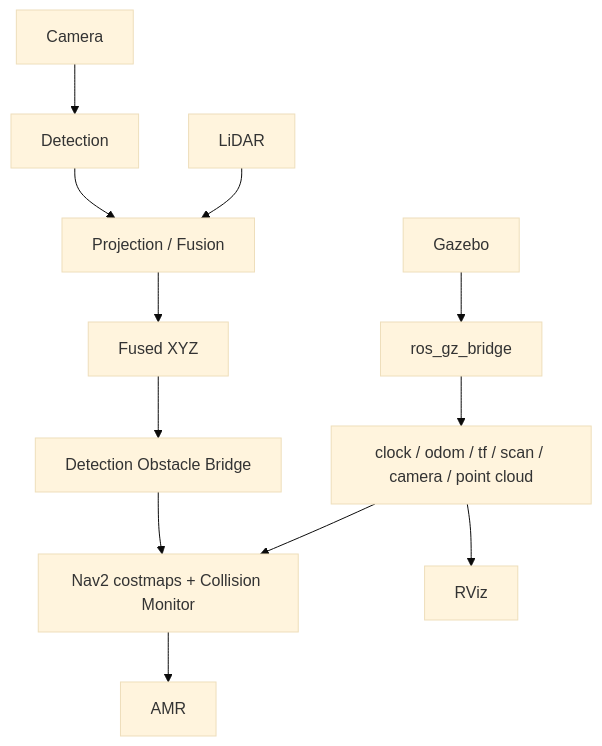
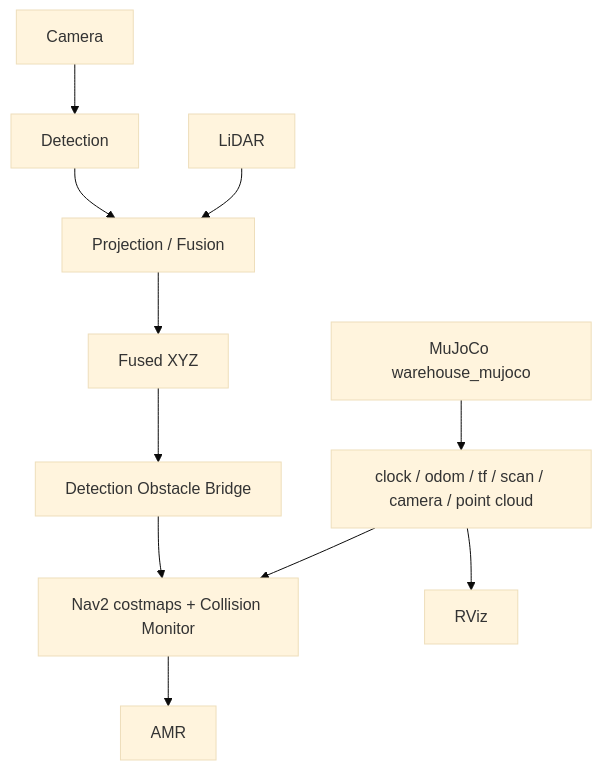
One commit to DangTuyen0604/camera_lidar_fusion changed the diagram in README.md. Above: the diagram before and after it, drawn with Mermaid (base theme). The commit also changed other lines of this file and 86 other files, not shown here.

````diff
--- a/README.md
+++ b/README.md
@@ -23,15 +23,14 @@
 ```mermaid
 flowchart TD
     Camera[Camera] --> Detection[Detection]
     Detection --> Fusion[Projection / Fusion]
     LiDAR[LiDAR] --> Fusion
     Fusion --> XYZ[Fused XYZ]
     XYZ --> Bridge[Detection Obstacle Bridge]
     Bridge --> Nav2[Nav2 costmaps + Collision Monitor]
     Nav2 --> AMR[AMR]
 
-    Gazebo --> RosGz[ros_gz_bridge]
-    RosGz --> Runtime[clock / odom / tf / scan / camera / point cloud]
+    MuJoCo[MuJoCo warehouse_mujoco] --> Runtime[clock / odom / tf / scan / camera / point cloud]
     Runtime --> Nav2
     Runtime --> RViz[RViz]
 ```
````
